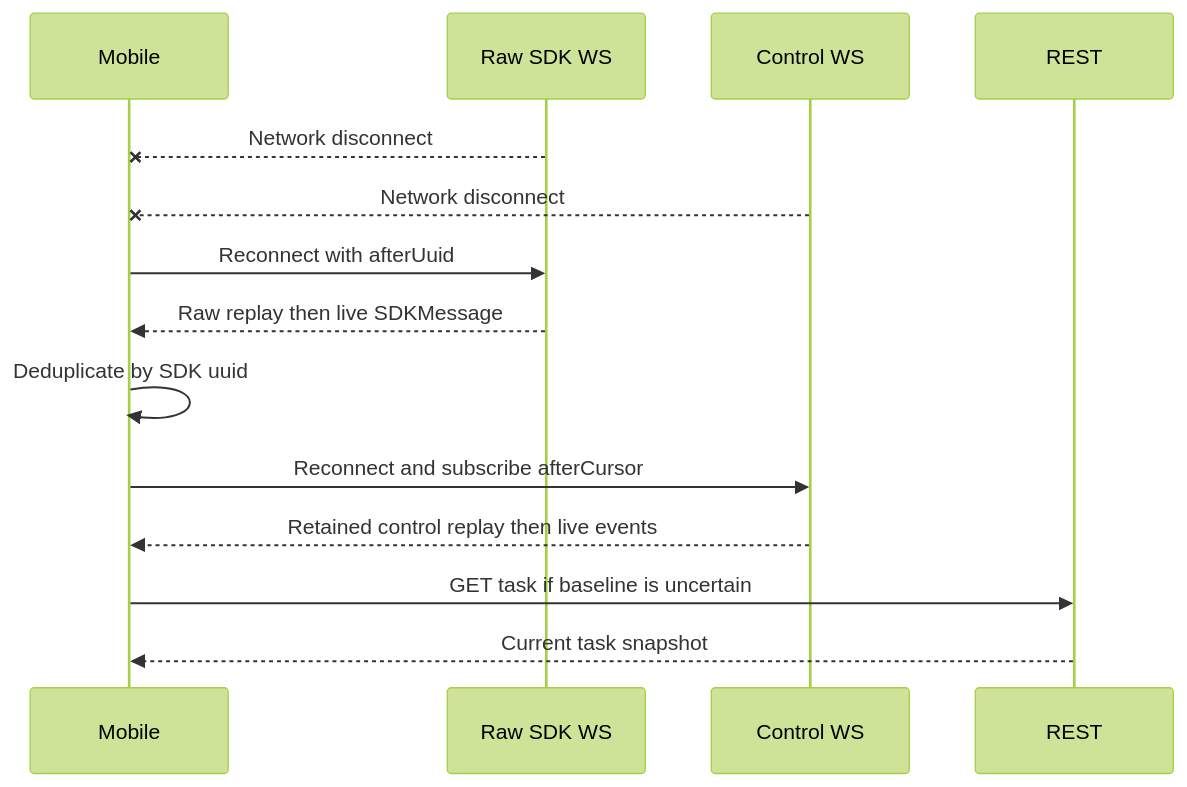
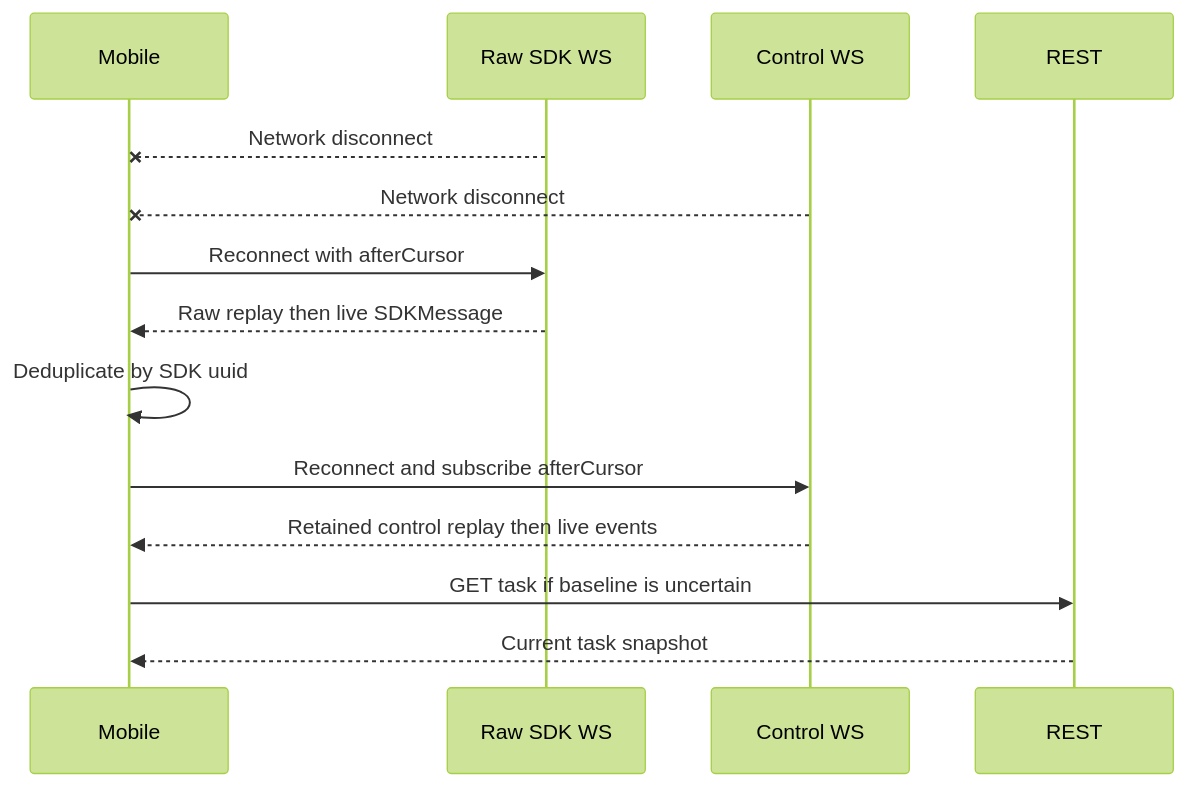
One commit to loomou/PocketPilot changed the eighth of 10 diagrams in docs/mobile-integration-guide.en.md. Above: the diagram before and after it, drawn with Mermaid (forest theme). The commit also changed other lines of this file and 9 other files, not shown here.

````diff
--- a/docs/mobile-integration-guide.en.md
+++ b/docs/mobile-integration-guide.en.md
@@ -1069,16 +1069,16 @@
 ```mermaid
 sequenceDiagram
     participant M as Mobile
     participant S as Raw SDK WS
     participant C as Control WS
     participant R as REST
     S--xM: Network disconnect
     C--xM: Network disconnect
-    M->>S: Reconnect with afterUuid
+    M->>S: Reconnect with afterCursor
     S-->>M: Raw replay then live SDKMessage
     M->>M: Deduplicate by SDK uuid
     M->>C: Reconnect and subscribe afterCursor
     C-->>M: Retained control replay then live events
     M->>R: GET task if baseline is uncertain
     R-->>M: Current task snapshot
 ```
````
